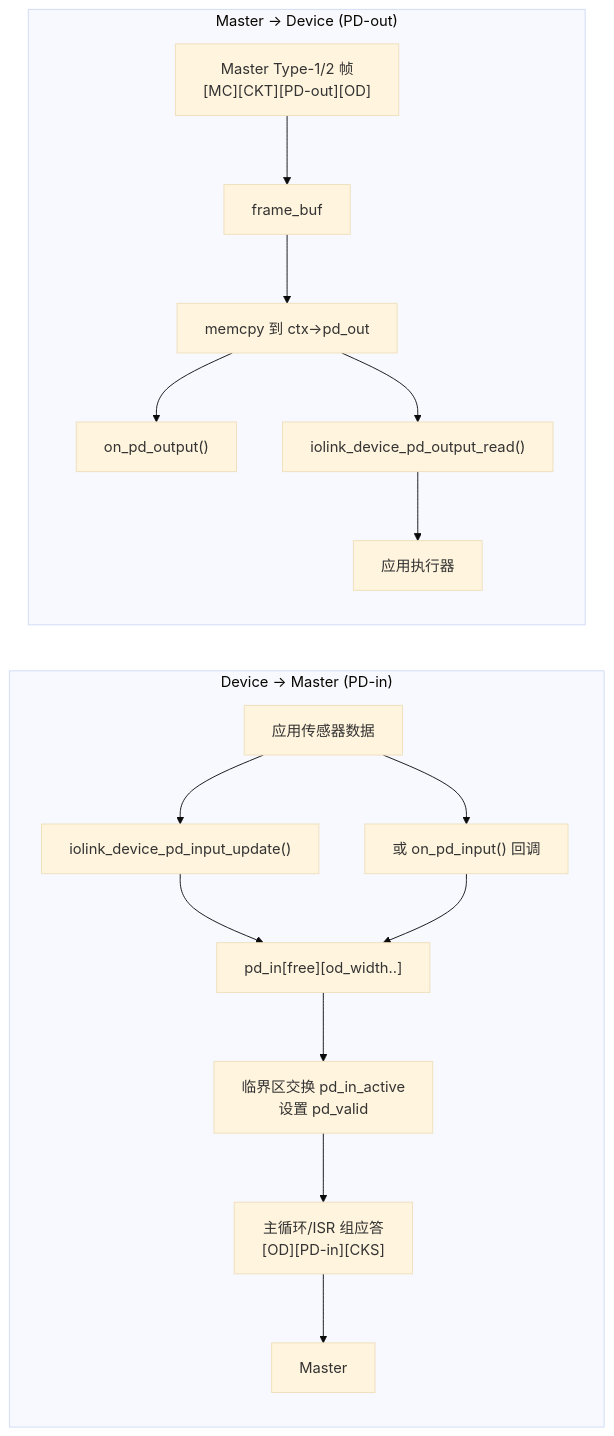
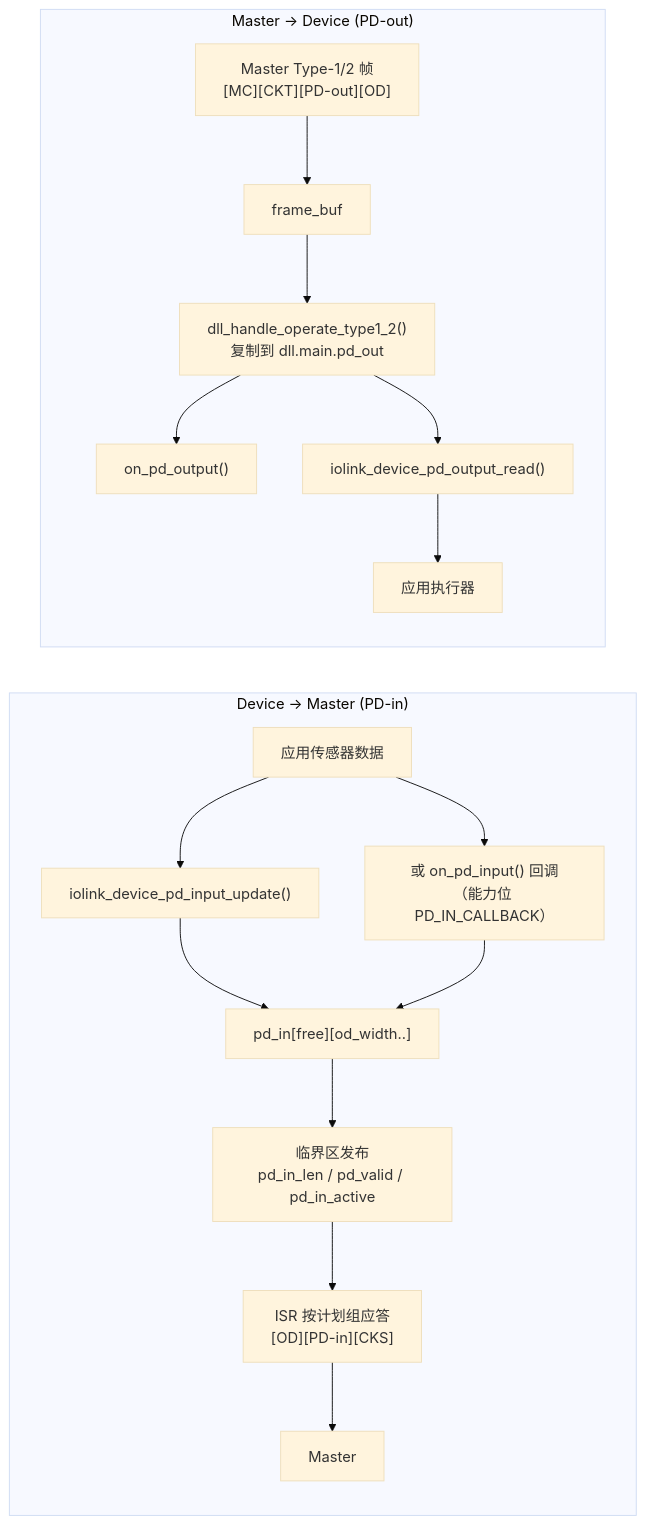
One commit to Adlyq/iolinki changed the eighth of 16 diagrams in docs/CODE_FLOW.md. Above: the diagram before and after it, drawn with Mermaid (base theme). The commit also changed other lines of this file and 7 other files, not shown here.

First line of the commit message:
docs: sync the API, architecture and flow docs with the post-CR code

````diff
--- a/docs/CODE_FLOW.md
+++ b/docs/CODE_FLOW.md
@@ -392,19 +445,19 @@
 ```mermaid
 flowchart LR
     subgraph IN["Device → Master (PD-in)"]
         A1["应用传感器数据"] --> A2["iolink_device_pd_input_update()"]
-        A1 --> A3["或 on_pd_input() 回调"]
+        A1 --> A3["或 on_pd_input() 回调<br/>（能力位 PD_IN_CALLBACK）"]
         A2 --> A4["pd_in[free][od_width..]"]
         A3 --> A4
-        A4 --> A5["临界区交换 pd_in_active<br/>设置 pd_valid"]
-        A5 --> A6["主循环/ISR 组应答<br/>[OD][PD-in][CKS]"]
+        A4 --> A5["临界区发布<br/>pd_in_len / pd_valid / pd_in_active"]
+        A5 --> A6["ISR 按计划组应答<br/>[OD][PD-in][CKS]"]
         A6 --> A7["Master"]
     end
     subgraph OUT["Master → Device (PD-out)"]
         B1["Master Type-1/2 帧<br/>[MC][CKT][PD-out][OD]"] --> B2["frame_buf"]
-        B2 --> B3["memcpy 到 ctx->pd_out"]
+        B2 --> B3["dll_handle_operate_type1_2()<br/>复制到 dll.main.pd_out"]
         B3 --> B4["on_pd_output()"]
         B3 --> B5["iolink_device_pd_output_read()"]
         B5 --> B6["应用执行器"]
     end
 ```
````
